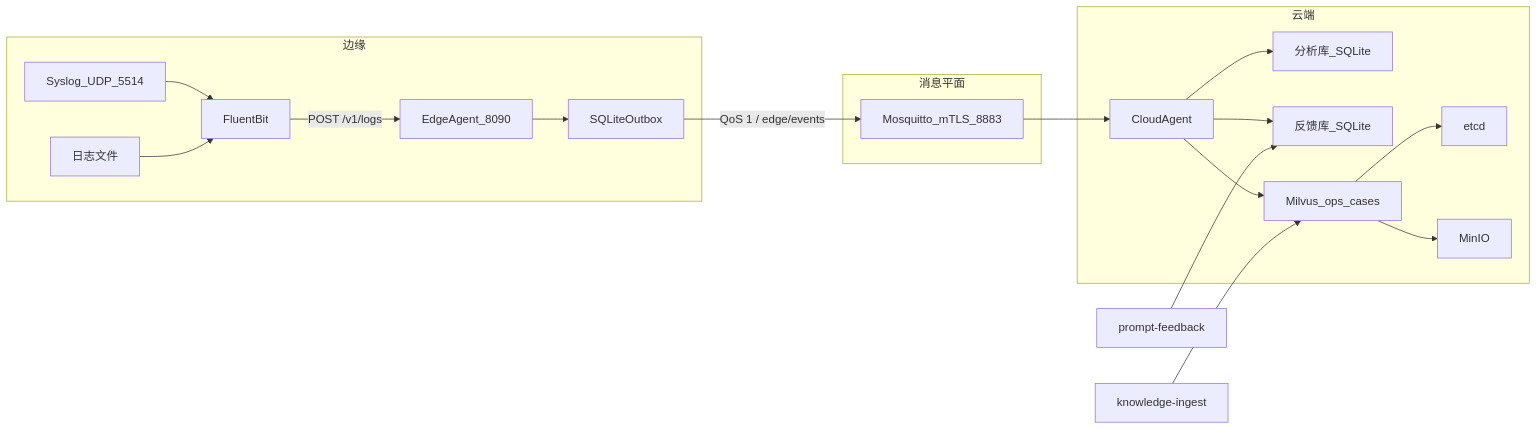
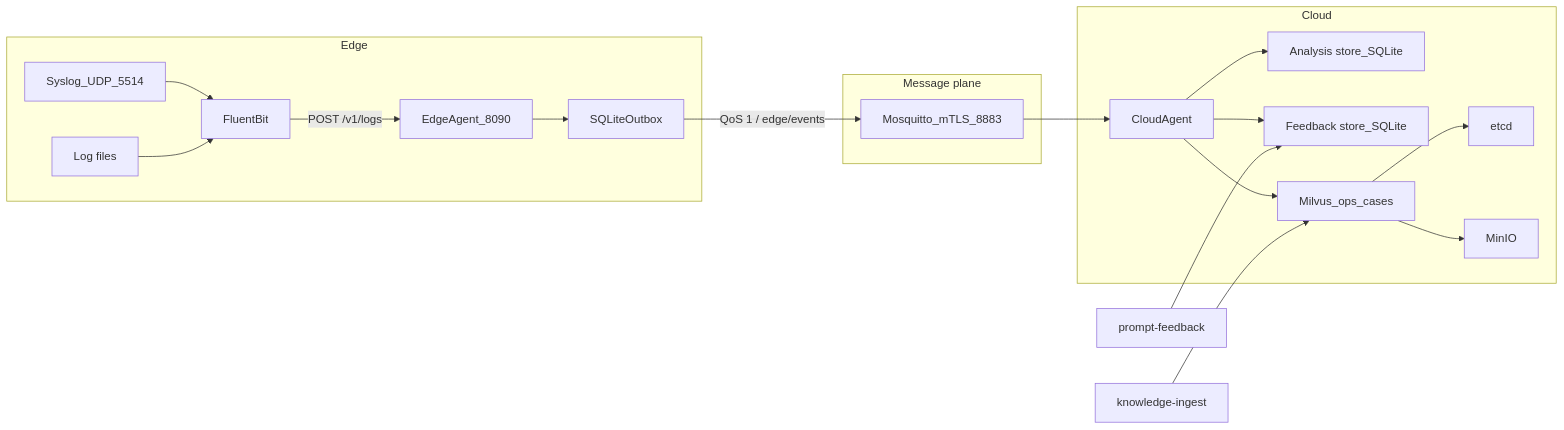
One commit to fanqingsong/edge-semantic-compress-intelligence changed the first of 4 diagrams in README.md. Above: the diagram before and after it, drawn with Mermaid. The commit also changed other lines of this file and 33 other files, not shown here.

````diff
--- a/README.md
+++ b/README.md
@@ -15,32 +15,32 @@
 ```mermaid
 flowchart LR
-	subgraph EdgeDeploy[边缘]
-		LogFiles[日志文件] --> FluentBit[FluentBit]
+	subgraph EdgeDeploy[Edge]
+		LogFiles[Log files] --> FluentBit[FluentBit]
 		SyslogUdp[Syslog_UDP_5514] --> FluentBit
 		FluentBit -->|"POST /v1/logs"| EdgeAgent[EdgeAgent_8090]
 		EdgeAgent --> Outbox[SQLiteOutbox]
 	end
 
-	subgraph Broker[消息平面]
+	subgraph Broker[Message plane]
 		Mosquitto[Mosquitto_mTLS_8883]
 	end
 
-	subgraph CloudDeploy[云端]
+	subgraph CloudDeploy[Cloud]
 		CloudAgent[CloudAgent]
-		AnalysisDb[分析库_SQLite]
-		FeedbackDb[反馈库_SQLite]
+		AnalysisDb[Analysis store_SQLite]
+		FeedbackDb[Feedback store_SQLite]
 		Milvus[Milvus_ops_cases]
 		Etcd[etcd]
 		Minio[MinIO]
 	end
 
 	KnowledgeCli[knowledge-ingest] --> Milvus
 	FeedbackCli[prompt-feedback] --> FeedbackDb
 	Outbox -->|"QoS 1 / edge/events"| Mosquitto
 	Mosquitto --> CloudAgent
 	CloudAgent --> AnalysisDb
 	CloudAgent --> FeedbackDb
 	CloudAgent --> Milvus
 	Milvus --> Etcd
 	Milvus --> Minio
 ```
````
